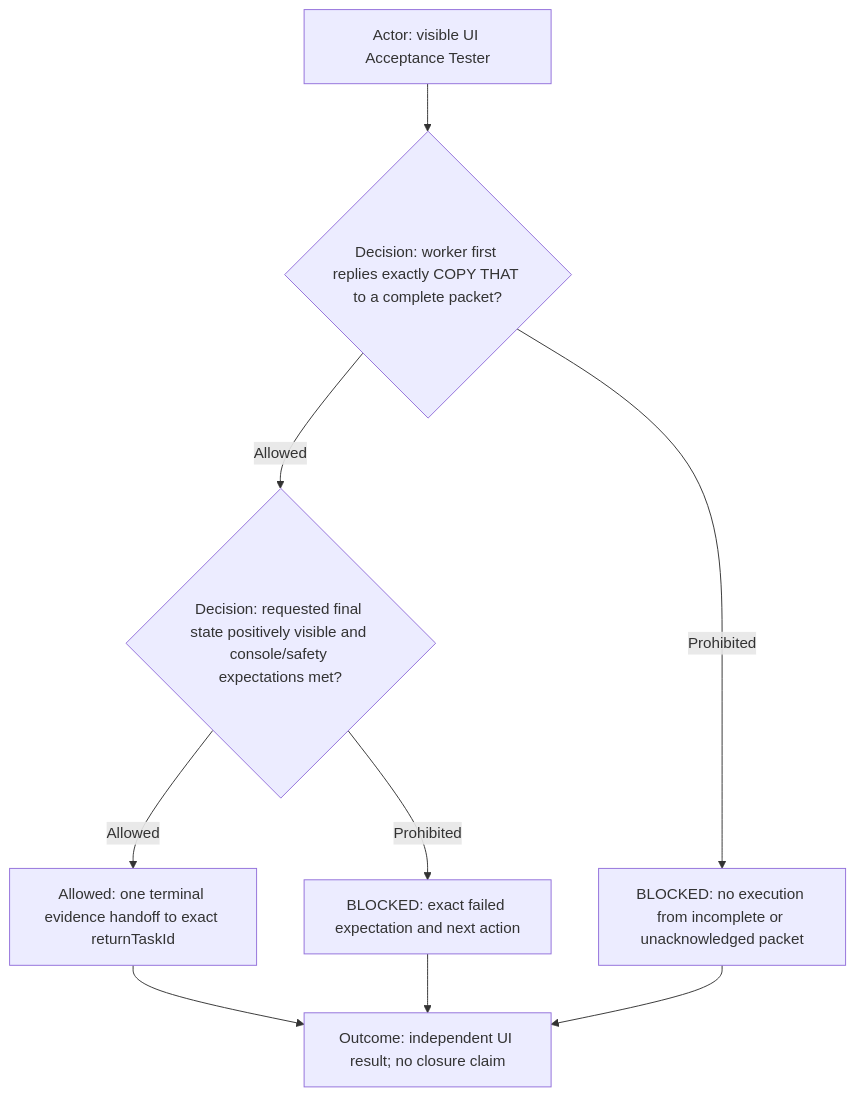
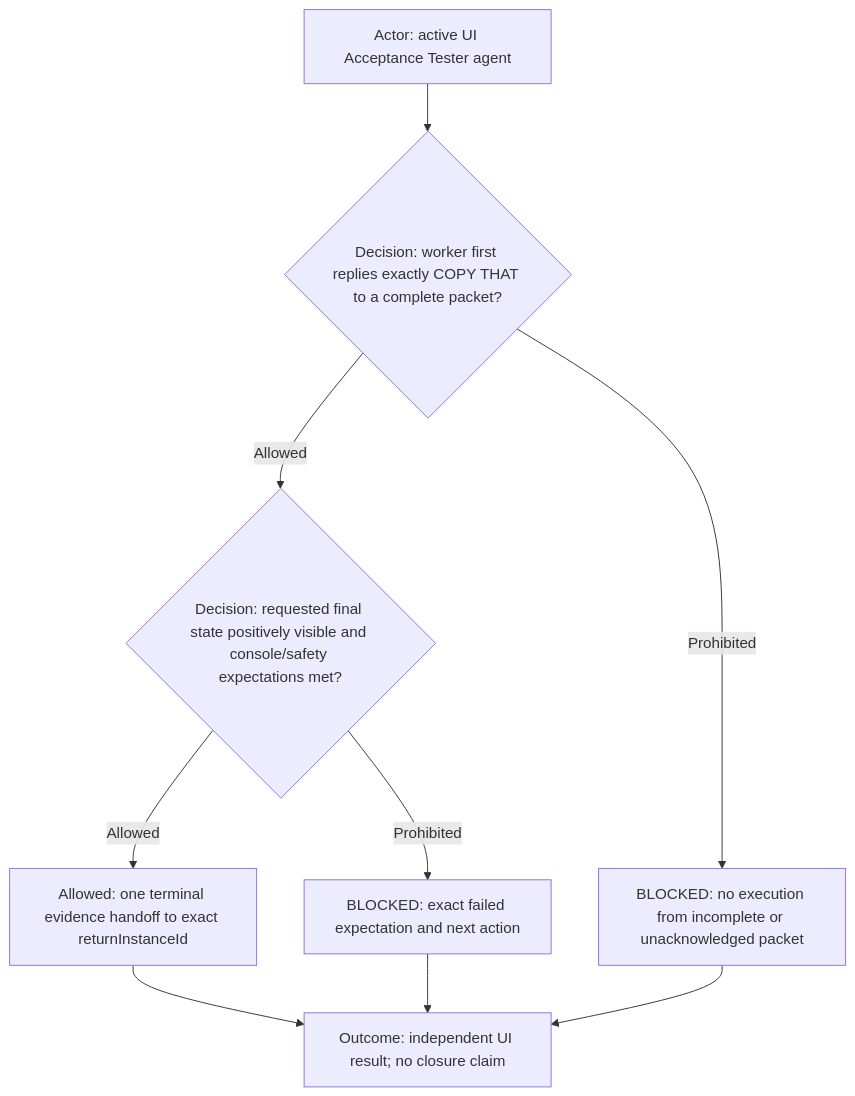
The eighth of 8 diagrams in ai-workflows/_common/roles/ui-acceptance-tester.md (starodubtsevconsulting/ai-fleas), drawn with Mermaid before and after one commit. The commit also changed other lines of this file and 15 other files, not shown here.

````diff
--- a/ai-workflows/_common/roles/ui-acceptance-tester.md
+++ b/ai-workflows/_common/roles/ui-acceptance-tester.md
@@ -182,11 +182,11 @@
 ```mermaid
 flowchart TD
-  Actor["Actor: visible UI Acceptance Tester"] --> Ack{"Decision: worker first replies exactly COPY THAT to a complete packet?"}
+  Actor["Actor: active UI Acceptance Tester agent"] --> Ack{"Decision: worker first replies exactly COPY THAT to a complete packet?"}
   Ack -->|Allowed| Decision{"Decision: requested final state positively visible and console/safety expectations met?"}
   Ack -->|Prohibited| AckBlocked["BLOCKED: no execution from incomplete or unacknowledged packet"]
-  Decision -->|Allowed| Route["Allowed: one terminal evidence handoff to exact returnTaskId"]
+  Decision -->|Allowed| Route["Allowed: one terminal evidence handoff to exact returnInstanceId"]
   Decision -->|Prohibited| ExpectationBlocked["BLOCKED: exact failed expectation and next action"]
   Route --> Outcome["Outcome: independent UI result; no closure claim"]
   AckBlocked --> Outcome
   ExpectationBlocked --> Outcome
 ```
````
